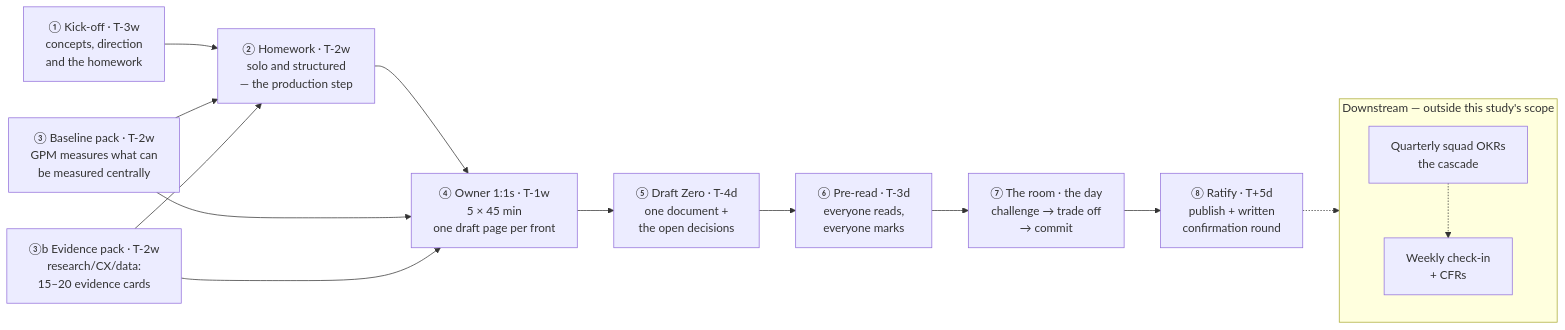
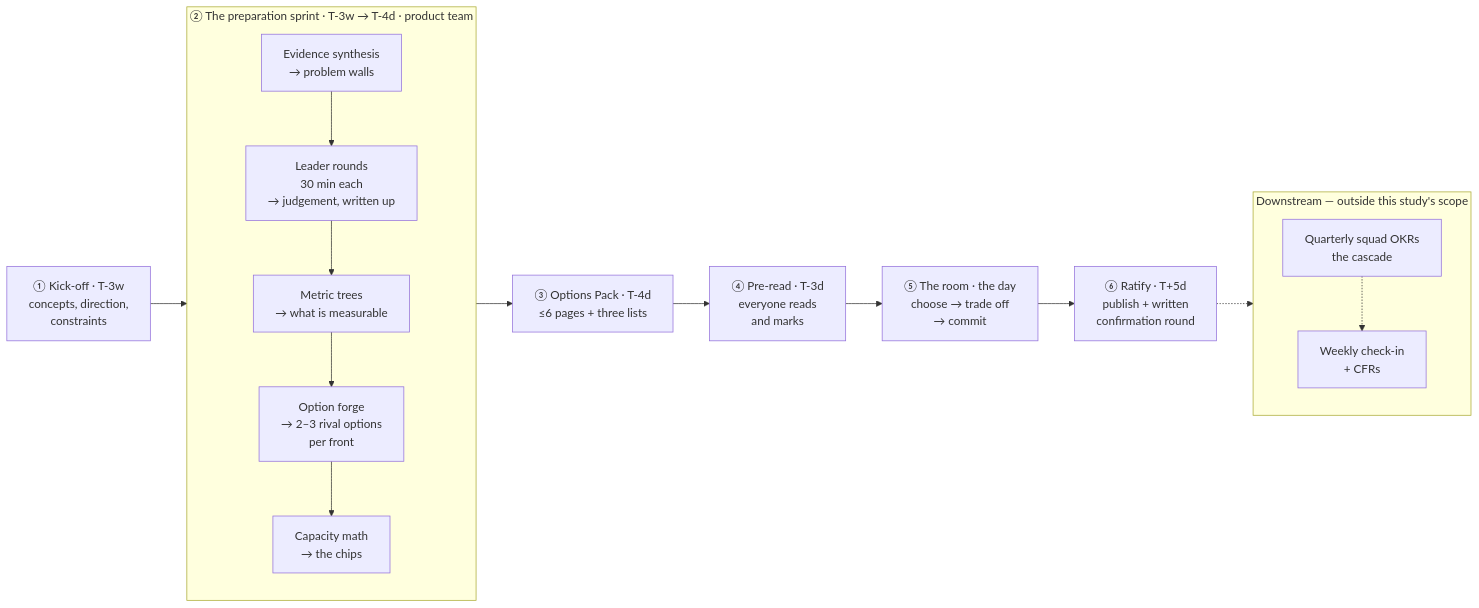
The first of 2 diagrams in studies/product-management/annual-okrs-from-the-long-term-vision.md (GustavoBertaco/daily-digest), drawn with Mermaid before and after one commit. The commit also changed other lines of this file, not shown here.

First line of the commit message:
studies: replace per-leader homework with a product-team preparation sprint

````diff
--- a/studies/product-management/annual-okrs-from-the-long-term-vision.md
+++ b/studies/product-management/annual-okrs-from-the-long-term-vision.md
@@ -517,26 +539,29 @@
 ```mermaid
 flowchart LR
-    K["① Kick-off · T-3w<br/>concepts, direction<br/>and the homework"]
-    H["② Homework · T-2w<br/>solo and structured<br/>— the production step"]
-    B["③ Baseline pack · T-2w<br/>GPM measures what can<br/>be measured centrally"]
-    E["③b Evidence pack · T-2w<br/>research/CX/data:<br/>15–20 evidence cards"]
-    O["④ Owner 1:1s · T-1w<br/>5 × 45 min<br/>one draft page per front"]
-    D["⑤ Draft Zero · T-4d<br/>one document +<br/>the open decisions"]
-    P["⑥ Pre-read · T-3d<br/>everyone reads,<br/>everyone marks"]
-    R["⑦ The room · the day<br/>challenge → trade off<br/>→ commit"]
-    T["⑧ Ratify · T+5d<br/>publish + written<br/>confirmation round"]
+    K["① Kick-off · T-3w<br/>concepts, direction,<br/>constraints"]
 
-    K --> H --> O --> D --> P --> R --> T
-    B --> H
-    E --> H
-    B --> O
-    E --> O
+    subgraph SP["② The preparation sprint · T-3w → T-4d · product team"]
+        direction TB
+        S1["Evidence synthesis<br/>→ problem walls"]
+        S2["Leader rounds<br/>30 min each<br/>→ judgement, written up"]
+        S3["Metric trees<br/>→ what is measurable"]
+        S4["Option forge<br/>→ 2–3 rival options<br/>per front"]
+        S5["Capacity math<br/>→ the chips"]
+        S1 --> S2 --> S3 --> S4 --> S5
+    end
+
+    D["③ Options Pack · T-4d<br/>≤6 pages + three lists"]
+    P["④ Pre-read · T-3d<br/>everyone reads<br/>and marks"]
+    R["⑤ The room · the day<br/>choose → trade off<br/>→ commit"]
+    T["⑥ Ratify · T+5d<br/>publish + written<br/>confirmation round"]
+
+    K --> SP --> D --> P --> R --> T
     T -.-> DS
 
     subgraph DS["Downstream — outside this study's scope"]
         direction TB
         Q["Quarterly squad OKRs<br/>the cascade"]
         W["Weekly check-in<br/>+ CFRs"]
         Q -.-> W
     end
 ```
````
